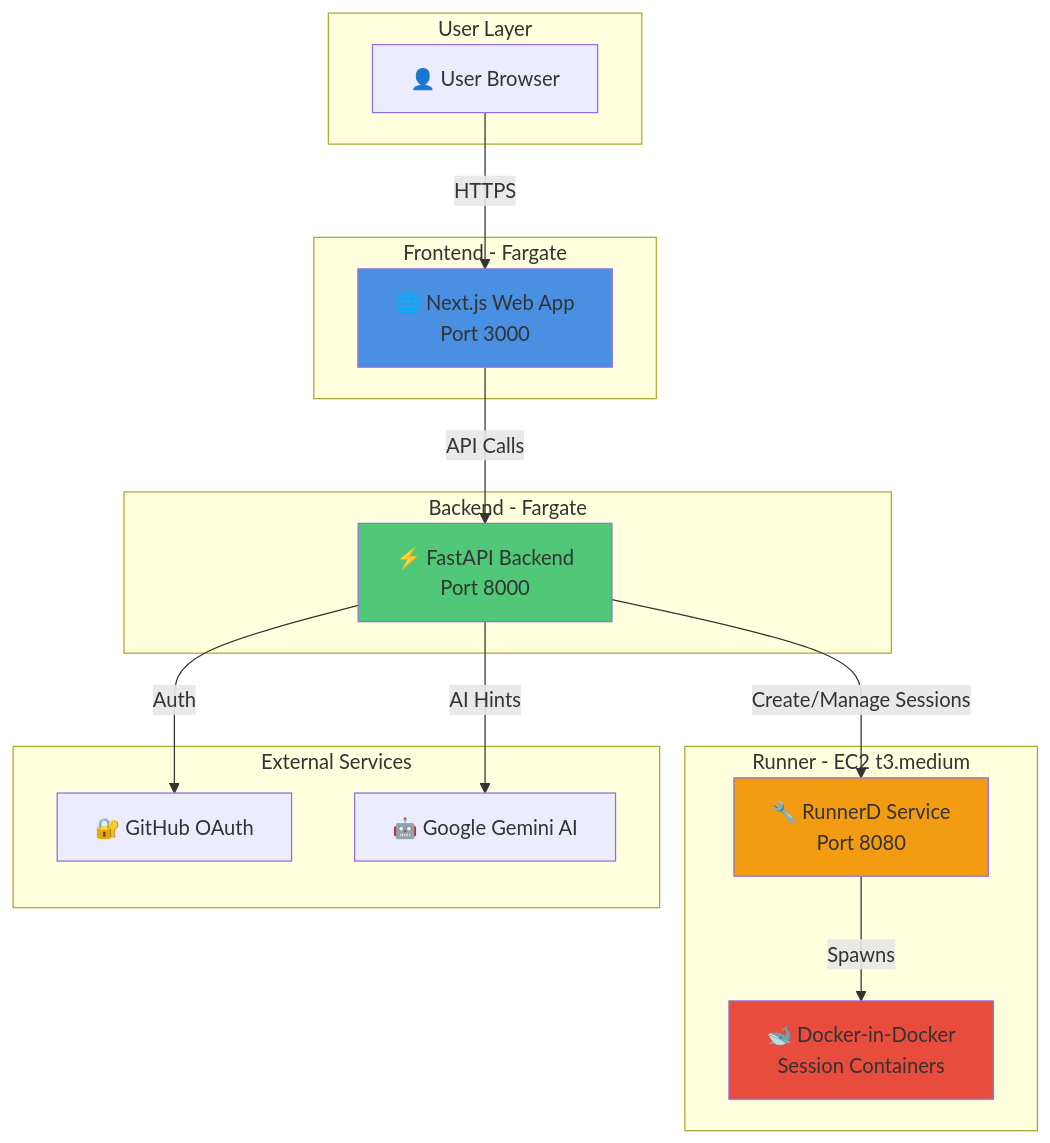
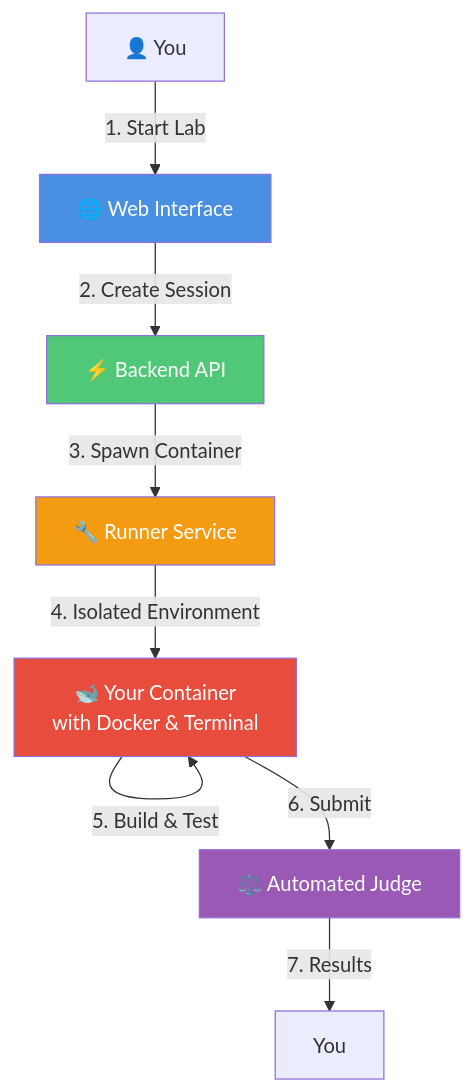
One commit to sanjayb-28/ContainrLab changed the diagram in README.md. Above: the diagram before and after it, drawn with Mermaid. The commit also changed other lines of this file, not shown here.

````diff
--- a/README.md
+++ b/README.md
@@ -61,36 +44,16 @@
 ```mermaid
 graph TB
-    subgraph "User Layer"
-        User[👤 User Browser]
-    end
+    User[👤 You] -->|1. Start Lab| Web[🌐 Web Interface]
+    Web -->|2. Create Session| API[⚡ Backend API]
+    API -->|3. Spawn Container| Runner[🔧 Runner Service]
+    Runner -->|4. Isolated Environment| Session[🐋 Your Container<br/>with Docker & Terminal]
+    Session -->|5. Build & Test| Session
+    Session -->|6. Submit| Judge[⚖️ Automated Judge]
+    Judge -->|7. Results| You
     
-    subgraph "Frontend - Fargate"
-        Web[🌐 Next.js Web App<br/>Port 3000]
-    end
-    
-    subgraph "Backend - Fargate"
-        API[⚡ FastAPI Backend<br/>Port 8000]
-    end
-    
-    subgraph "Runner - EC2 t3.medium"
-        RunnerD[🔧 RunnerD Service<br/>Port 8080]
-        DinD[🐋 Docker-in-Docker<br/>Session Containers]
-    end
-    
-    subgraph "External Services"
-        GitHub[🔐 GitHub OAuth]
-        Gemini[🤖 Google Gemini AI]
-    end
-    
-    User -->|HTTPS| Web
-    Web -->|API Calls| API
-    API -->|Create/Manage Sessions| RunnerD
-    API -->|Auth| GitHub
-    API -->|AI Hints| Gemini
-    RunnerD -->|Spawns| DinD
-    
-    style Web fill:#4a90e2
-    style API fill:#50c878
-    style RunnerD fill:#f39c12
-    style DinD fill:#e74c3c
+    style Web fill:#4a90e2,color:#fff
+    style API fill:#50c878,color:#fff
+    style Runner fill:#f39c12,color:#fff
+    style Session fill:#e74c3c,color:#fff
+    style Judge fill:#9b59b6,color:#fff
 ```
````
